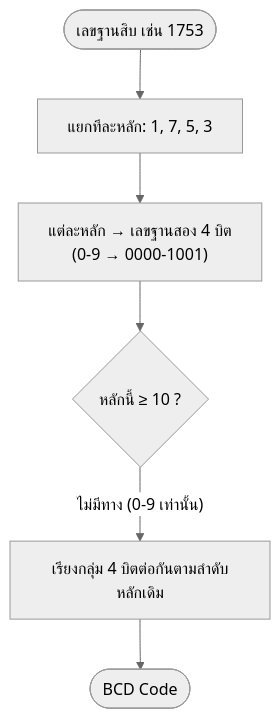
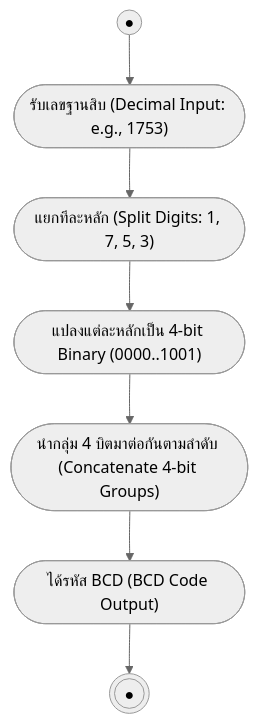
The first of 2 diagrams in 01_Lectures/Week1/Codes-BCD.md (PhuriphatTyPeZ3r0/Course-1322201-Digital-Logic-Design-2026), drawn with Mermaid (neutral theme) before and after one commit. The commit also changed other lines of this file and 18 other files, not shown here.

Commit message:
refactor: standardize diagrams to UML specifications across notes and templates

````diff
--- a/01_Lectures/Week1/Codes-BCD.md
+++ b/01_Lectures/Week1/Codes-BCD.md
@@ -36,8 +36,9 @@
 ```mermaid
 flowchart TD
-    Start(["เลขฐานสิบ เช่น 1753"]) --> Split["แยกทีละหลัก: 1, 7, 5, 3"]
-    Split --> Each["แต่ละหลัก → เลขฐานสอง 4 บิต<br/>(0-9 → 0000-1001)"]
-    Each --> Check{"หลักนี้ ≥ 10 ?"}
-    Check -->|"ไม่มีทาง (0-9 เท่านั้น)"| Concat["เรียงกลุ่ม 4 บิตต่อกันตามลำดับหลักเดิม"]
-    Concat --> Done(["BCD Code"])
+    Start((●)) --> Input(["รับเลขฐานสิบ (Decimal Input: e.g., 1753)"])
+    Input --> Split(["แยกทีละหลัก (Split Digits: 1, 7, 5, 3)"])
+    Split --> Each(["แปลงแต่ละหลักเป็น 4-bit Binary (0000..1001)"])
+    Each --> Concat(["นำกลุ่ม 4 บิตมาต่อกันตามลำดับ (Concatenate 4-bit Groups)"])
+    Concat --> Done(["ได้รหัส BCD (BCD Code Output)"])
+    Done --> Stop(((●)))
 ```
````
